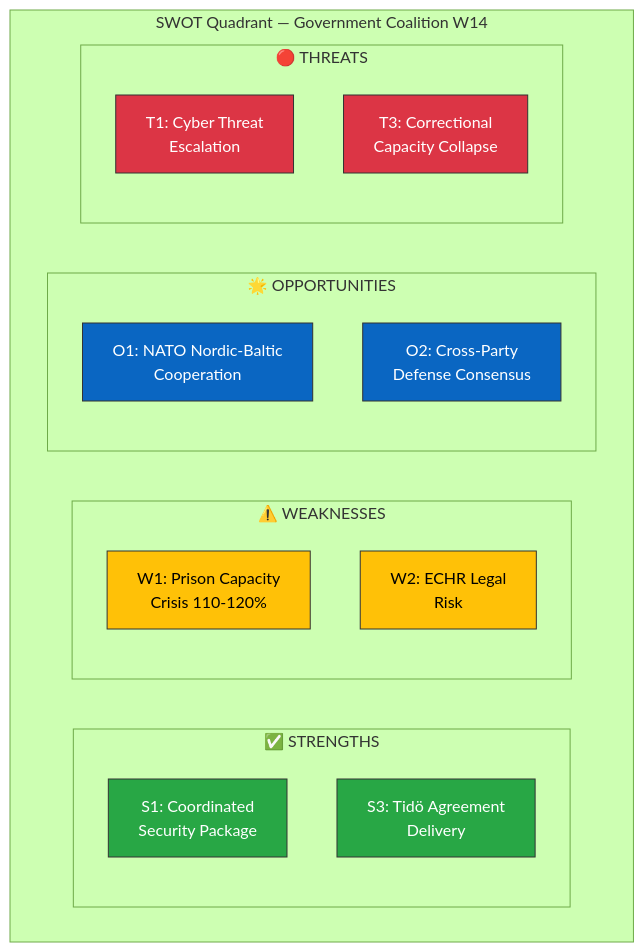
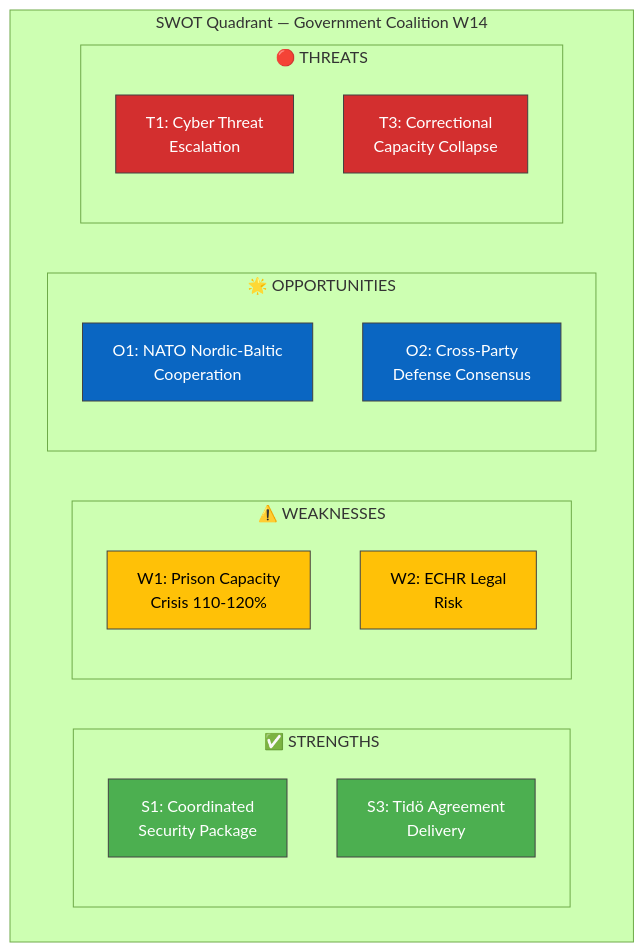
Before and after one commit to Hack23/riksdagsmonitor: the diagram in analysis/daily/2026-04-04/realtime-1212/swot-analysis.md, drawn with Mermaid (forest theme). The commit also changed 785 other files, not shown here.

First line of the commit message:
Normalize mermaid colors across 786 analysis artifacts to ISMS Style Guide palette

````diff
--- a/analysis/daily/2026-04-04/realtime-1212/swot-analysis.md
+++ b/analysis/daily/2026-04-04/realtime-1212/swot-analysis.md
@@ -60,29 +60,29 @@
 ```mermaid
 graph TD
     subgraph "SWOT Quadrant — Government Coalition W14"
         subgraph "✅ STRENGTHS"
             S1["S1: Coordinated<br/>Security Package"]
             S3["S3: Tidö Agreement<br/>Delivery"]
         end
         subgraph "⚠️ WEAKNESSES"
             W1["W1: Prison Capacity<br/>Crisis 110-120%"]
             W2["W2: ECHR Legal<br/>Risk"]
         end
         subgraph "🌟 OPPORTUNITIES"
             O1["O1: NATO Nordic-Baltic<br/>Cooperation"]
             O2["O2: Cross-Party<br/>Defense Consensus"]
         end
         subgraph "🔴 THREATS"
             T1["T1: Cyber Threat<br/>Escalation"]
             T3["T3: Correctional<br/>Capacity Collapse"]
         end
     end
-    style S1 fill:#28a745,stroke:#333,color:#fff
-    style S3 fill:#28a745,stroke:#333,color:#fff
-    style W1 fill:#ffc107,stroke:#333,color:#000
-    style W2 fill:#ffc107,stroke:#333,color:#000
-    style O1 fill:#0A66C2,stroke:#333,color:#fff
-    style O2 fill:#0A66C2,stroke:#333,color:#fff
-    style T1 fill:#dc3545,stroke:#333,color:#fff
-    style T3 fill:#dc3545,stroke:#333,color:#fff
+    style S1 fill:#4CAF50,stroke:#424242,color:#FFFFFF
+    style S3 fill:#4CAF50,stroke:#424242,color:#FFFFFF
+    style W1 fill:#FFC107,stroke:#424242,color:#000000
+    style W2 fill:#FFC107,stroke:#424242,color:#000000
+    style O1 fill:#0A66C2,stroke:#424242,color:#FFFFFF
+    style O2 fill:#0A66C2,stroke:#424242,color:#FFFFFF
+    style T1 fill:#D32F2F,stroke:#424242,color:#FFFFFF
+    style T3 fill:#D32F2F,stroke:#424242,color:#FFFFFF
 ```
````
